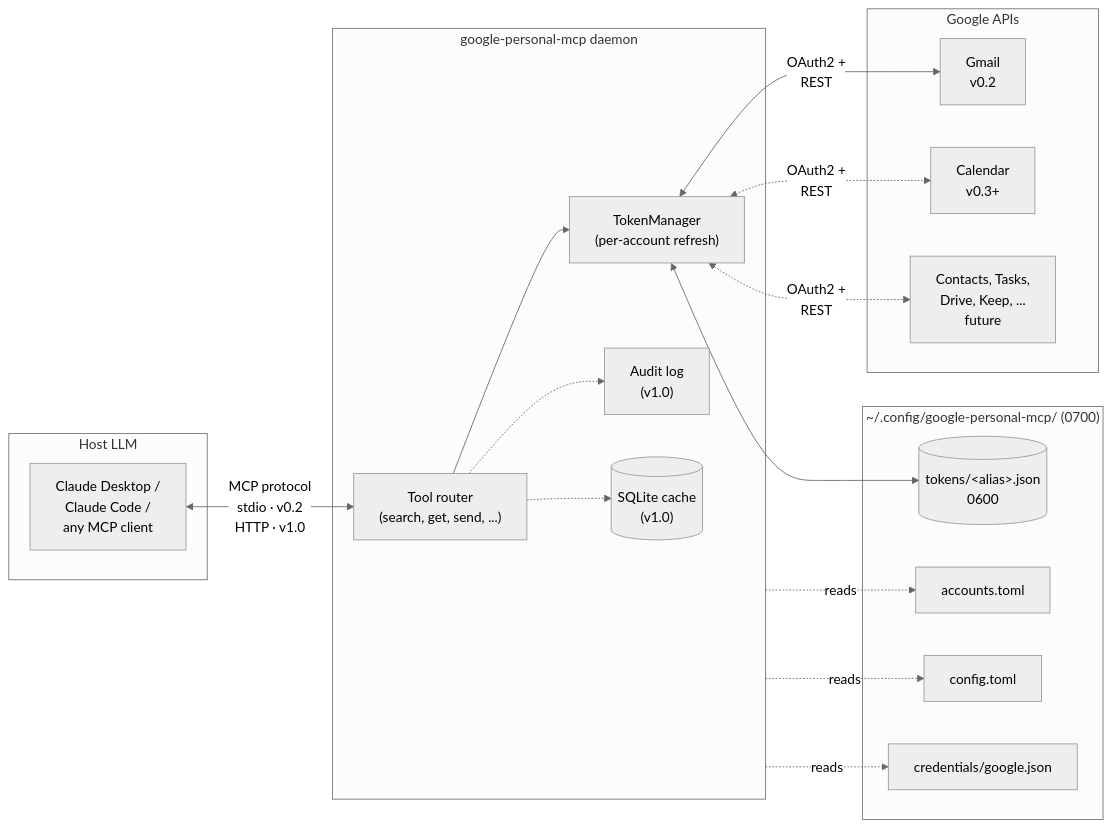
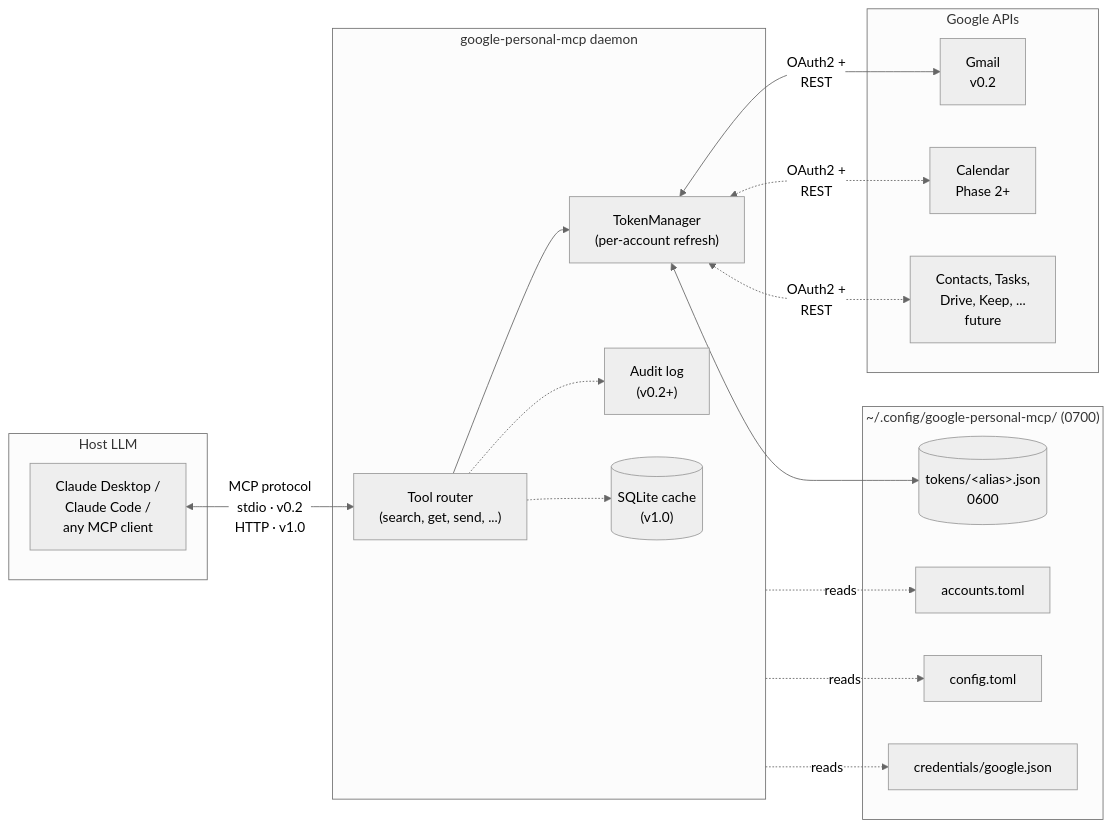
Before and after one commit to torsday/google-personal-mcp: the diagram in README.md, drawn with Mermaid (neutral theme). The commit also changed other lines of this file and 1 other file, not shown here.

First line of the commit message:
docs: refresh CLAUDE.md status and README roadmap for post-v0.2 reality

````diff
--- a/README.md
+++ b/README.md
@@ -13,38 +13,38 @@
 ```mermaid
 flowchart LR
     subgraph Host["Host LLM"]
         Claude["Claude Desktop /<br/>Claude Code /<br/>any MCP client"]
     end
 
     subgraph Daemon["google-personal-mcp daemon"]
         Tools["Tool router<br/>(search, get, send, ...)"]
         Auth["TokenManager<br/>(per-account refresh)"]
-        Audit["Audit log<br/>(v1.0)"]
+        Audit["Audit log<br/>(v0.2+)"]
         Cache[("SQLite cache<br/>(v1.0)")]
     end
 
     subgraph Google["Google APIs"]
         Gmail["Gmail<br/>v0.2"]
-        Cal["Calendar<br/>v0.3+"]
+        Cal["Calendar<br/>Phase 2+"]
         Other["Contacts, Tasks,<br/>Drive, Keep, ...<br/>future"]
     end
 
     subgraph Disk["~/.config/google-personal-mcp/ (0700)"]
         TokensF[("tokens/&lt;alias&gt;.json<br/>0600")]
         AccountsF["accounts.toml"]
         ConfigF["config.toml"]
         CredsF["credentials/google.json"]
     end
 
     Claude <-->|MCP protocol<br/>stdio · v0.2<br/>HTTP · v1.0| Tools
     Tools --> Auth
     Tools -.-> Audit
     Tools -.-> Cache
     Auth <-->|OAuth2 +<br/>REST| Gmail
     Auth <-.->|OAuth2 +<br/>REST| Cal
     Auth <-.->|OAuth2 +<br/>REST| Other
     Auth <--> TokensF
     Daemon -.reads.-> AccountsF
     Daemon -.reads.-> ConfigF
     Daemon -.reads.-> CredsF
 ```
````
